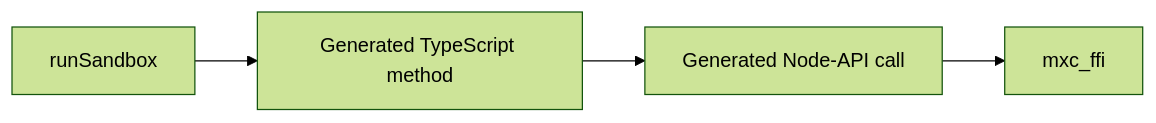
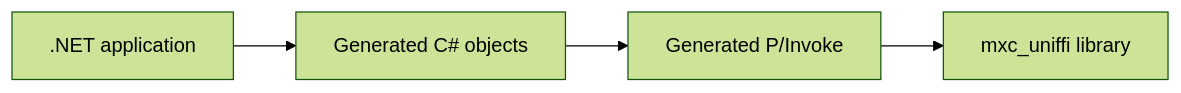
Before and after one commit to microsoft/mxc: the second of 3 diagrams in docs/designs/SDK/node-dotnet-sdk-generation.md, drawn with Mermaid (forest theme). The commit also changed other lines of this file and 333 other files, not shown here.

````diff
--- a/docs/designs/SDK/node-dotnet-sdk-generation.md
+++ b/docs/designs/SDK/node-dotnet-sdk-generation.md
@@ -39,6 +30,6 @@
 ```mermaid
 flowchart LR
-    A[runSandbox] --> B[Generated TypeScript method]
-    B --> C[Generated Node-API call]
-    C --> D[mxc_ffi]
+    A[.NET application] --> C[Generated C# objects]
+    C --> P[Generated P/Invoke]
+    P --> L[mxc_uniffi library]
 ```
````
